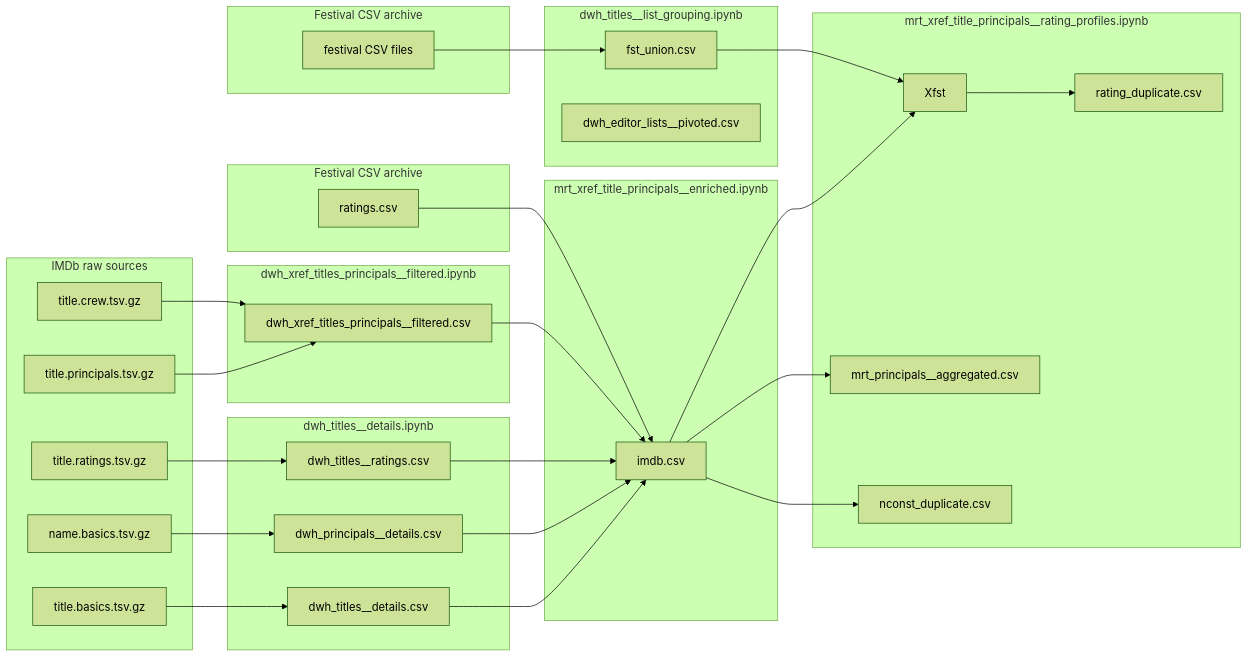
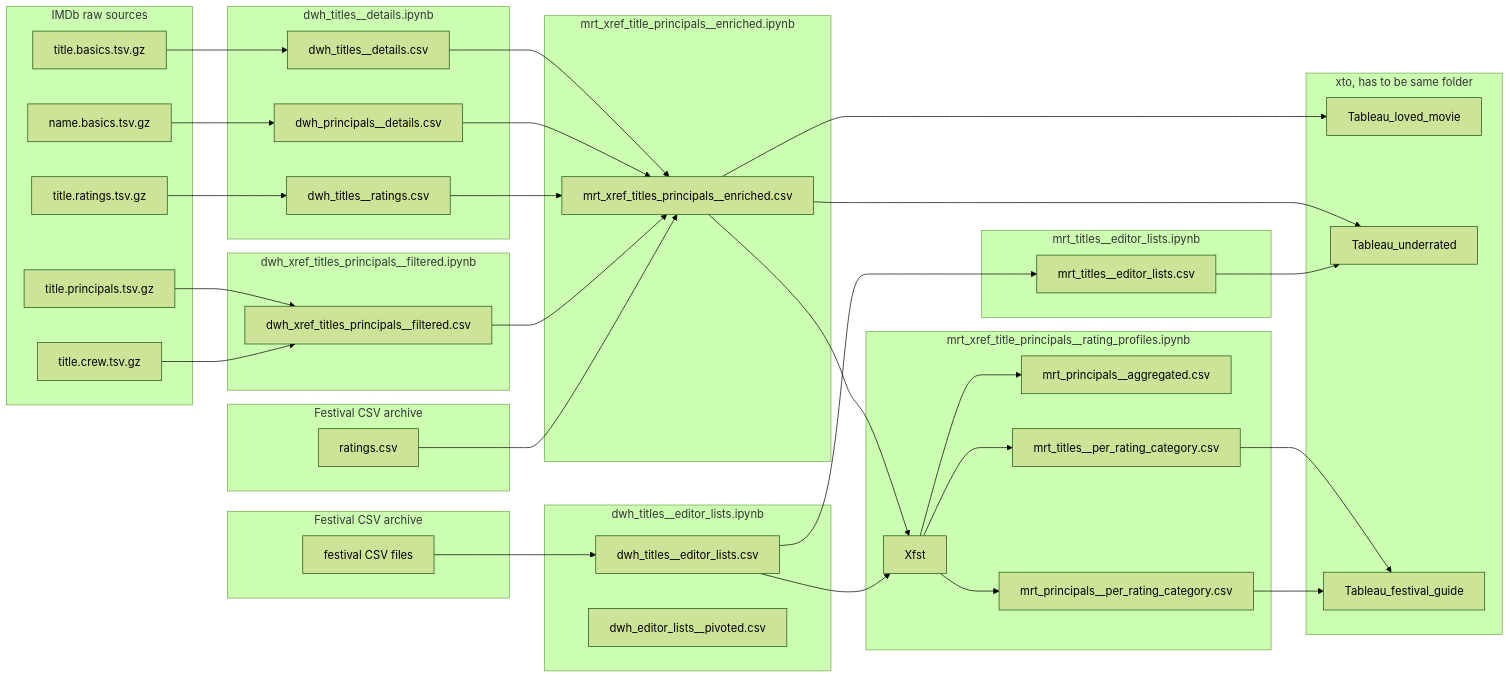
One commit to cwerner13/cast_and_crew changed the diagram in README.md. Above: the diagram before and after it, drawn with Mermaid (forest theme). The commit also changed 4 other files, not shown here.

````diff
--- a/README.md
+++ b/README.md
@@ -51,23 +51,27 @@
     D4["dwh_xref_titles_principals__filtered.csv"]
   end
 
-  subgraph "dwh_titles__list_grouping.ipynb"
-    D5["fst_union.csv"]
+  subgraph "dwh_titles__editor_lists.ipynb"
+    D5["dwh_titles__editor_lists.csv"]
     D6["dwh_editor_lists__pivoted.csv"]
   end
 
+ subgraph "mrt_titles__editor_lists.ipynb"
+    D12["mrt_titles__editor_lists.csv"]
+  end
+
   subgraph "mrt_xref_title_principals__enriched.ipynb"
-    D7["imdb.csv"]
+    D7["mrt_xref_titles_principals__enriched.csv"]
 
   end
 
   subgraph "mrt_xref_title_principals__rating_profiles.ipynb"
-    D8["Xfst"]
-    D9["rating_duplicate.csv"]
-    D10["mrt_principals__aggregated.csv"]
-    D11["nconst_duplicate.csv"]
-  end
-
+      D8["Xfst"]
+         D10["mrt_principals__aggregated.csv"]
+         D9["mrt_titles__per_rating_category.csv"]
+         D11["mrt_principals__per_rating_category.csv"]
+    end
+  
   A1 --> D1
   A2 --> D2
   A3 --> D3
@@ -86,6 +90,21 @@
   D5 --> D8
 
   D8 --> D9
-  D7 --> D10
-  D7 --> D11
+  D8 --> D10
+  D8 --> D11
+
+  D5 --> D12
+
+  D7  --> Tableau_loved_movie
+  D7  --> Tableau_underrated
+  D12 --> Tableau_underrated
+
+  D9  --> Tableau_festival_guide
+  D11  --> Tableau_festival_guide
+
+  subgraph "xto, has to be same folder"
+     Tableau_festival_guide
+     Tableau_loved_movie
+     Tableau_underrated
+    end
 ```
````
